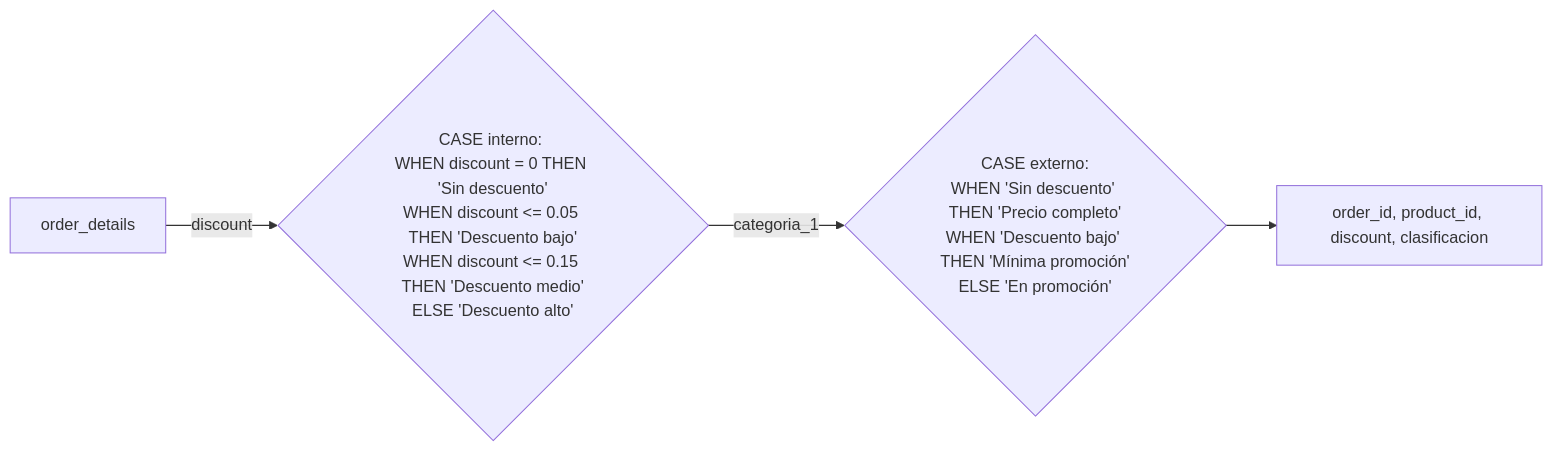
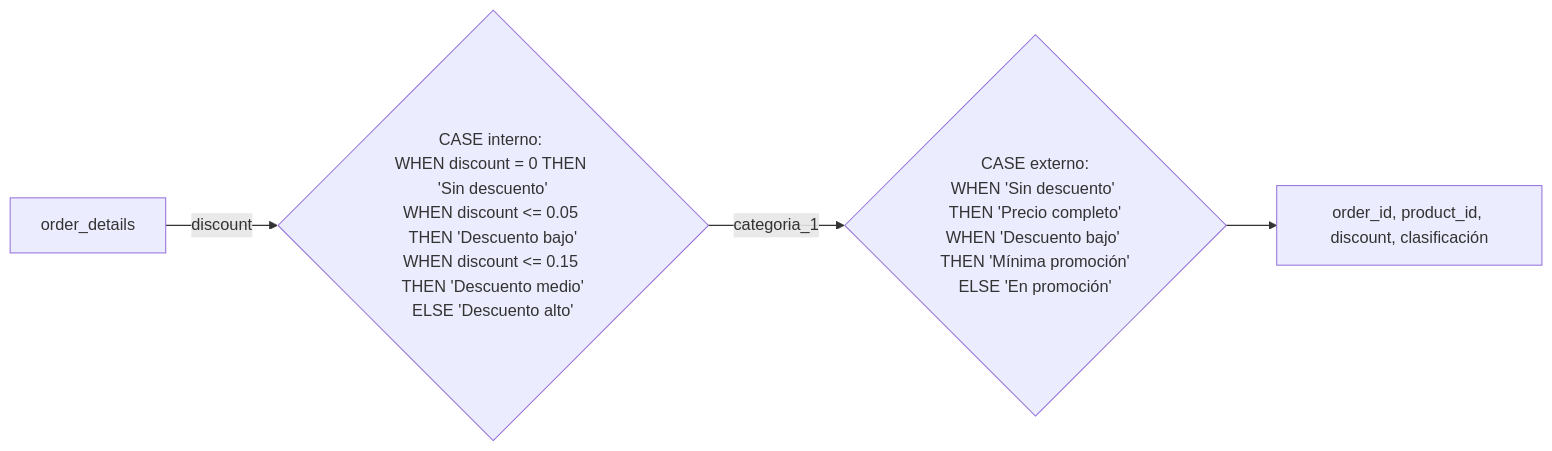
One commit to Slinkter/ApuntesSQL changed diagram 29 of 50 in Lab/Lab01/Ejercicios/2.intermedio.md. Above: the diagram before and after it, drawn with Mermaid. The commit also changed other lines of this file and 7 other files, not shown here.

````diff
--- a/Lab/Lab01/Ejercicios/2.intermedio.md
+++ b/Lab/Lab01/Ejercicios/2.intermedio.md
@@ -1270,6 +1215,6 @@
 ```mermaid
 flowchart LR
     OD["order_details"] -->|discount| Inner{"CASE interno: \nWHEN discount = 0 THEN 'Sin descuento'\nWHEN discount <= 0.05 THEN 'Descuento bajo'\nWHEN discount <= 0.15 THEN 'Descuento medio'\nELSE 'Descuento alto'"}
     Inner -->|categoria_1| Outer{"CASE externo:\nWHEN 'Sin descuento' THEN 'Precio completo'\nWHEN 'Descuento bajo' THEN 'Mínima promoción'\nELSE 'En promoción'"}
-    Outer --> Out["order_id, product_id, discount, clasificacion"]
+    Outer --> Out["order_id, product_id, discount, clasificación"]
 ```
````
